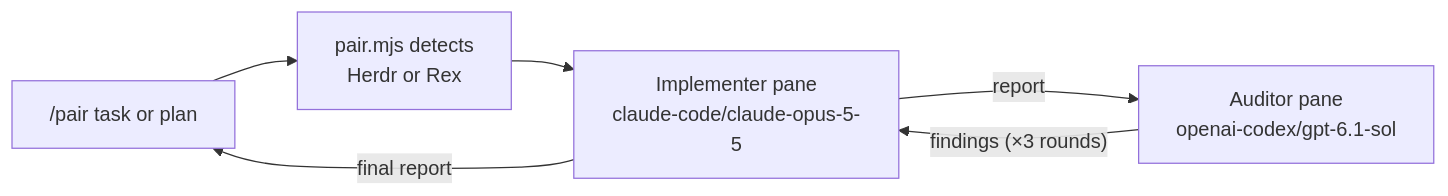
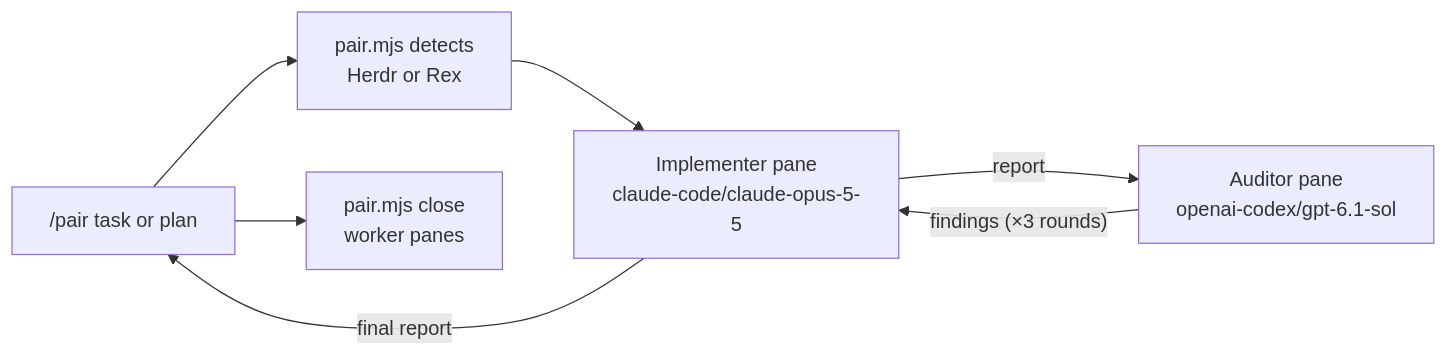
Before and after one commit to ulvestuen/pi-kit: the diagram in skills/pair/SKILL.md, drawn with Mermaid. The commit also changed other lines of this file and 2 other files, not shown here.

First line of the commit message:
Have pair's orchestrator close finished worker panes

````diff
--- a/skills/pair/SKILL.md
+++ b/skills/pair/SKILL.md
@@ -8,8 +8,9 @@
 ```mermaid
 flowchart LR
     you["/pair task or plan"] --> detect["pair.mjs detects<br/>Herdr or Rex"]
     detect --> impl["Implementer pane<br/>claude-code/claude-opus-5-5"]
     impl -- "report" --> audit["Auditor pane<br/>openai-codex/gpt-6.1-sol"]
     audit -- "findings (×3 rounds)" --> impl
     impl -- "final report" --> you
+    you --> close["pair.mjs close<br/>worker panes"]
 ```
````
